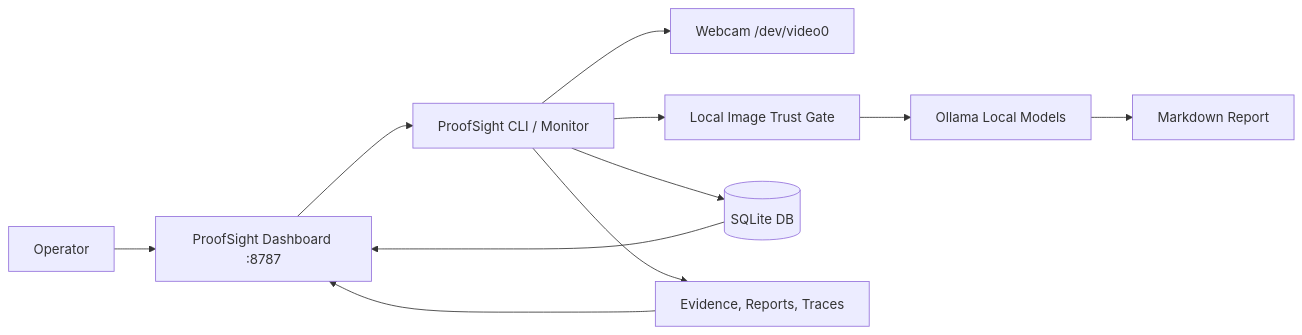
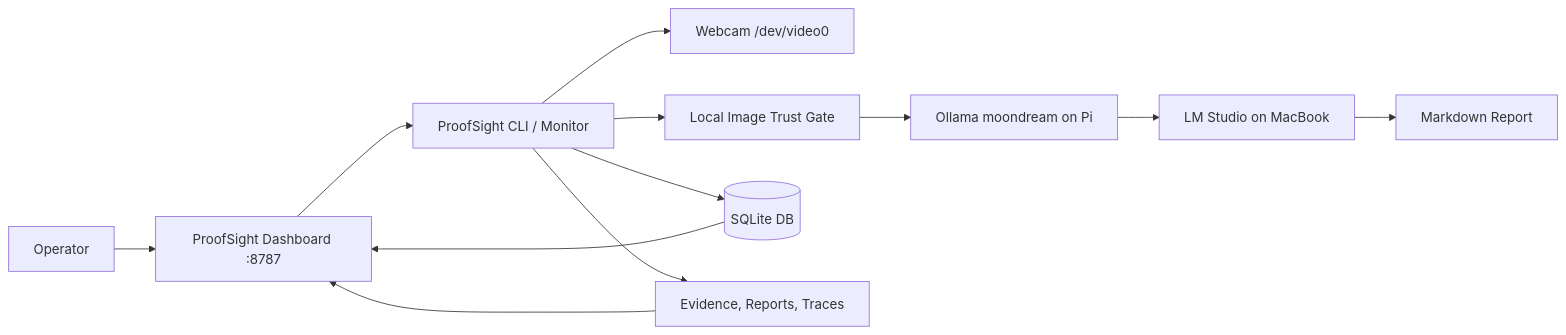
The diagram in README.md (MasteraSnackin/ProofSight), drawn with Mermaid before and after one commit. The commit also changed other lines of this file and 1 other file, not shown here.

Commit message:
Update ProofSight docs for LM Studio integration

````diff
--- a/README.md
+++ b/README.md
@@ -67,13 +67,14 @@
 ```mermaid
 flowchart LR
   Operator[Operator] --> Dashboard[ProofSight Dashboard :8787]
   Dashboard --> Agent[ProofSight CLI / Monitor]
   Agent --> Camera[Webcam /dev/video0]
   Agent --> Gate[Local Image Trust Gate]
-  Gate --> Ollama[Ollama Local Models]
-  Ollama --> Report[Markdown Report]
+  Gate --> Vision[Ollama moondream on Pi]
+  Vision --> Reasoning[LM Studio on MacBook]
+  Reasoning --> Report[Markdown Report]
   Agent --> Store[(SQLite DB)]
   Agent --> Files[Evidence, Reports, Traces]
   Files --> Dashboard
   Store --> Dashboard
 ```
````
